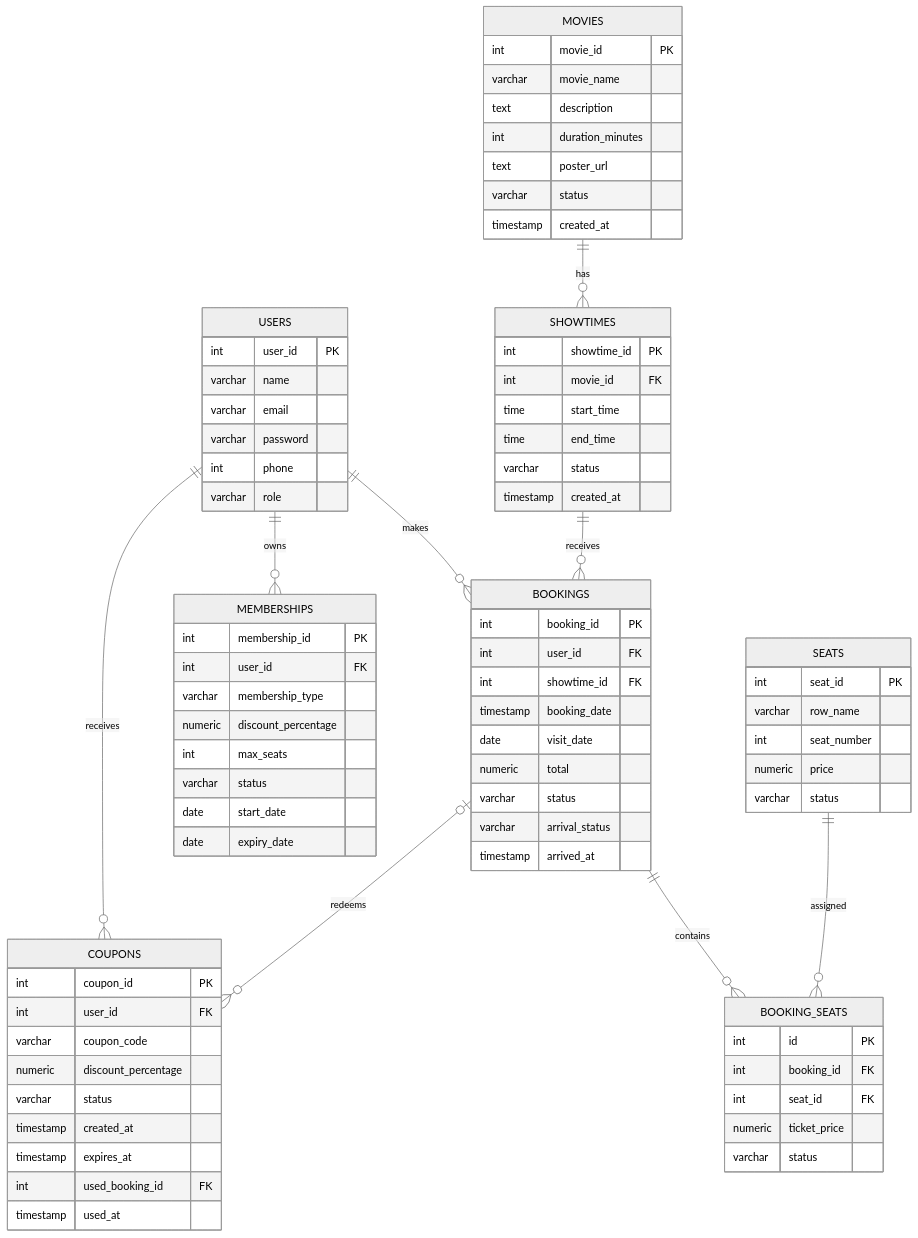
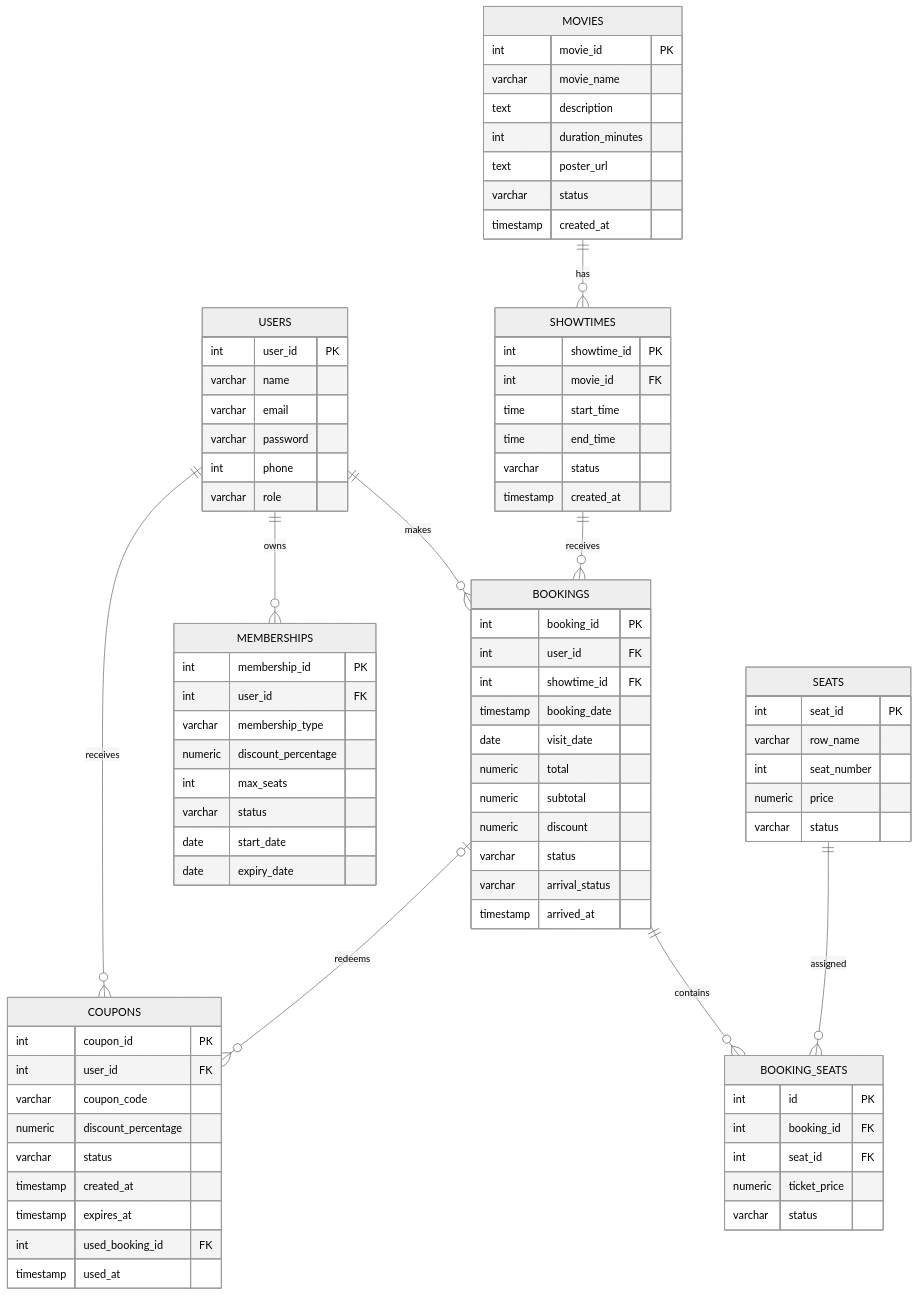
Before and after one commit to nirashaglamermedia/Seat-Booking-System: the diagram in Cinema_ER_Diagram.md, drawn with Mermaid (neutral theme). The commit also changed 7 other files, not shown here.

```diff
--- a/Cinema_ER_Diagram.md
+++ b/Cinema_ER_Diagram.md
@@ -60,6 +60,8 @@
         timestamp booking_date
         date visit_date
         numeric total
+        numeric subtotal
+        numeric discount
         varchar status
         varchar arrival_status
         timestamp arrived_at
```
